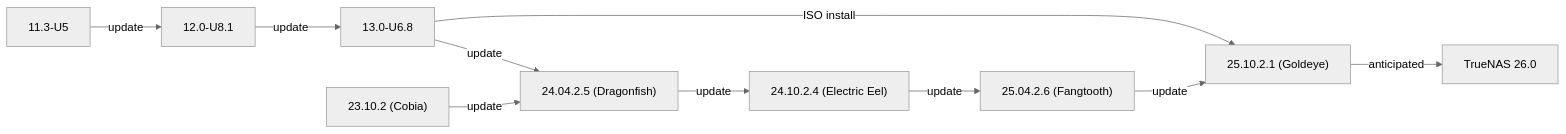
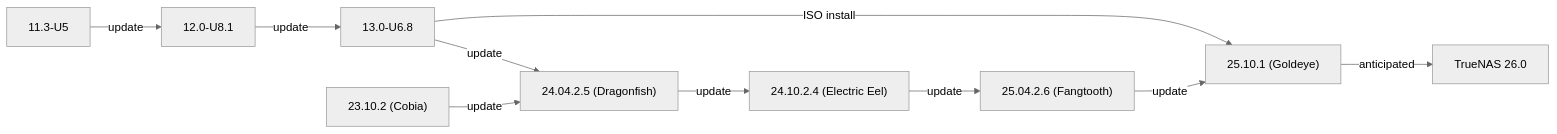
The second of 2 diagrams in static/includes/SCALEUpgradePaths.md (truenas/documentation), drawn with Mermaid (neutral theme) before and after one commit.

Commit message:
Update SCALEUpgradePaths.md
Changed Enterprise Goldeye path to 25.10.1

```diff
--- a/static/includes/SCALEUpgradePaths.md
+++ b/static/includes/SCALEUpgradePaths.md
@@ -53,13 +53,13 @@
             {{< mermaid class="mermaid_sizing" >}}
             flowchart LR
               A["11.3-U5"] -->|update| B
               B["12.0-U8.1"] -->|update| C
               C["13.0-U6.8"] -->|ISO install| H
               C -->|update| E
               D["23.10.2 (Cobia)"] -->|update| E
               E["24.04.2.5 (Dragonfish)"]  -->|update| F
               F["24.10.2.4 (Electric Eel)"] -->|update| G
               G["25.04.2.6 (Fangtooth)"] -->|update| H
-              H["25.10.2.1 (Goldeye)"] -->|"anticipated"| I
+              H["25.10.1 (Goldeye)"] -->|"anticipated"| I
               I["TrueNAS 26.0"]
             {{< /mermaid >}}
```
